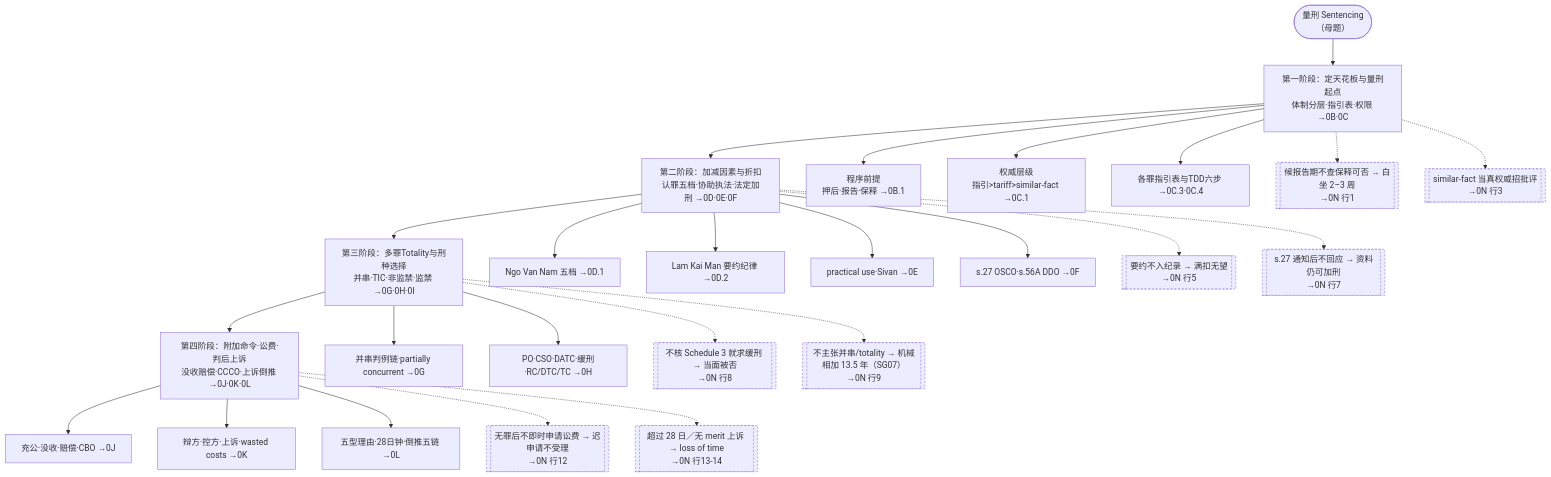
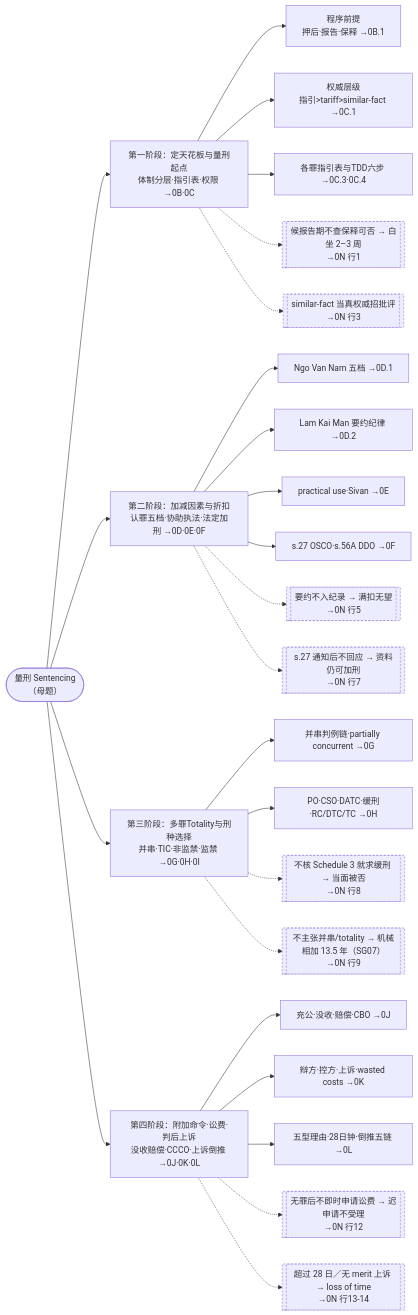
The first of 2 diagrams in src/content/docs/institutions/15-institution-sentencing-system.md (mixxmax/pcll-criminal-cards), drawn with Mermaid before and after one commit.

Commit message:
Card 15 map: switch to LR layout for vertical stage stacking
Restores the ST fan-out (no inter-stage edges) and changes flowchart TD
to LR so the four PH siblings stack vertically — the layout the user
asked for.

Generated with [Devin](https://devin.ai)

````diff
--- a/src/content/docs/institutions/15-institution-sentencing-system.md
+++ b/src/content/docs/institutions/15-institution-sentencing-system.md
@@ -155,30 +155,30 @@
 ```mermaid
-flowchart TD
+flowchart LR
  ST(["量刑 Sentencing<br>（母题）"])
  ST --> PH1["第一阶段：定天花板与量刑起点<br>体制分层·指引表·权限 →0B·0C"]
- PH1 --> PH2["第二阶段：加减因素与折扣<br>认罪五档·协助执法·法定加刑 →0D·0E·0F"]
- PH2 --> PH3["第三阶段：多罪Totality与刑种选择<br>并串·TIC·非监禁·监禁 →0G·0H·0I"]
- PH3 --> PH4["第四阶段：附加命令·讼费·判后上诉<br>没收赔偿·CCCO·上诉倒推 →0J·0K·0L"]
+ ST --> PH2["第二阶段：加减因素与折扣<br>认罪五档·协助执法·法定加刑 →0D·0E·0F"]
+ ST --> PH3["第三阶段：多罪Totality与刑种选择<br>并串·TIC·非监禁·监禁 →0G·0H·0I"]
+ ST --> PH4["第四阶段：附加命令·讼费·判后上诉<br>没收赔偿·CCCO·上诉倒推 →0J·0K·0L"]
  PH1 --> B1["程序前提<br>押后·报告·保释 →0B.1"]
  PH1 --> B3["权威层级<br>指引>tariff>similar-fact →0C.1"]
  PH1 --> B4["各罪指引表与TDD六步 →0C.3·0C.4"]
  PH2 --> D1["Ngo Van Nam 五档 →0D.1"]
  PH2 --> D2["Lam Kai Man 要约纪律 →0D.2"]
  PH2 --> E1["practical use·Sivan →0E"]
  PH2 --> F1["s.27 OSCO·s.56A DDO →0F"]
  PH3 --> G1["并串判例链·partially concurrent →0G"]
  PH3 --> H1["PO·CSO·DATC·缓刑·RC/DTC/TC →0H"]
  PH4 --> J1["充公·没收·赔偿·CBO →0J"]
  PH4 --> K1["辩方·控方·上诉·wasted costs →0K"]
  PH4 --> L1["五型理由·28日钟·倒推五链 →0L"]
  PH1 -.-> X1[["候报告期不查保释可否 → 白坐 2–3 周<br>→0N 行1"]]
  PH1 -.-> X3[["similar-fact 当真权威招批评<br>→0N 行3"]]
  PH2 -.-> X5[["要约不入纪录 → 满扣无望<br>→0N 行5"]]
  PH2 -.-> X7[["s.27 通知后不回应 → 资料仍可加刑<br>→0N 行7"]]
  PH3 -.-> X8[["不核 Schedule 3 就求缓刑 → 当面被否<br>→0N 行8"]]
  PH3 -.-> X9[["不主张并串/totality → 机械相加 13.5 年（SG07）<br>→0N 行9"]]
  PH4 -.-> X12[["无罪后不即时申请讼费 → 迟申请不受理<br>→0N 行12"]]
  PH4 -.-> X13[["超过 28 日／无 merit 上诉 → loss of time<br>→0N 行13-14"]]
  classDef warnnode stroke-dasharray: 4 3;
  class X1,X3,X5,X7,X8,X9,X12,X13 warnnode
 ```
````
